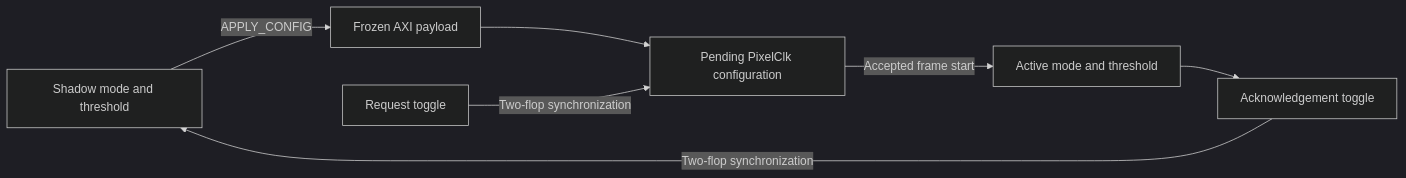
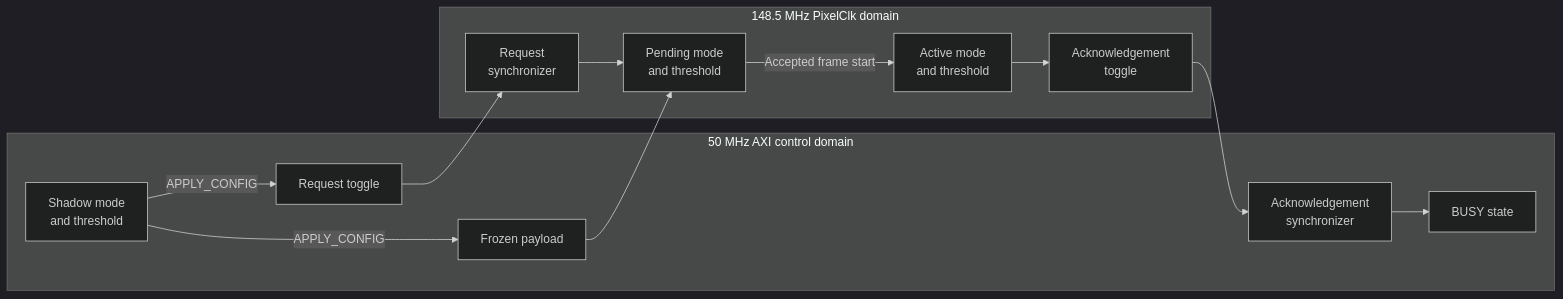
One commit to ptocxv/AXI-Stream-video-filtering-on-FPGA changed the fourth of 5 diagrams in README.md. Above: the diagram before and after it, drawn with Mermaid (dark theme).

````diff
--- a/README.md
+++ b/README.md
@@ -489,16 +489,27 @@
 ```mermaid
 flowchart LR
-    SHADOW["Shadow mode and threshold"]
-    PAYLOAD["Frozen AXI payload"]
-    REQ["Request toggle"]
-    PENDING["Pending PixelClk configuration"]
-    ACTIVE["Active mode and threshold"]
-    ACK["Acknowledgement toggle"]
+    subgraph AXI["50 MHz AXI control domain"]
+        SHADOW["Shadow mode<br/>and threshold"]
+        PAYLOAD["Frozen payload"]
+        REQ["Request toggle"]
+        BUSY["BUSY state"]
+        ACKSYNC["Acknowledgement<br/>synchronizer"]
+    end
+
+    subgraph PIXEL["148.5 MHz PixelClk domain"]
+        REQSYNC["Request<br/>synchronizer"]
+        PENDING["Pending mode<br/>and threshold"]
+        ACTIVE["Active mode<br/>and threshold"]
+        ACK["Acknowledgement<br/>toggle"]
+    end
 
     SHADOW -->|"APPLY_CONFIG"| PAYLOAD
+    SHADOW -->|"APPLY_CONFIG"| REQ
+    REQ --> REQSYNC
     PAYLOAD --> PENDING
-    REQ -->|"Two-flop synchronization"| PENDING
+    REQSYNC --> PENDING
     PENDING -->|"Accepted frame start"| ACTIVE
     ACTIVE --> ACK
-    ACK -->|"Two-flop synchronization"| SHADOW
+    ACK --> ACKSYNC
+    ACKSYNC --> BUSY
 ```
````
